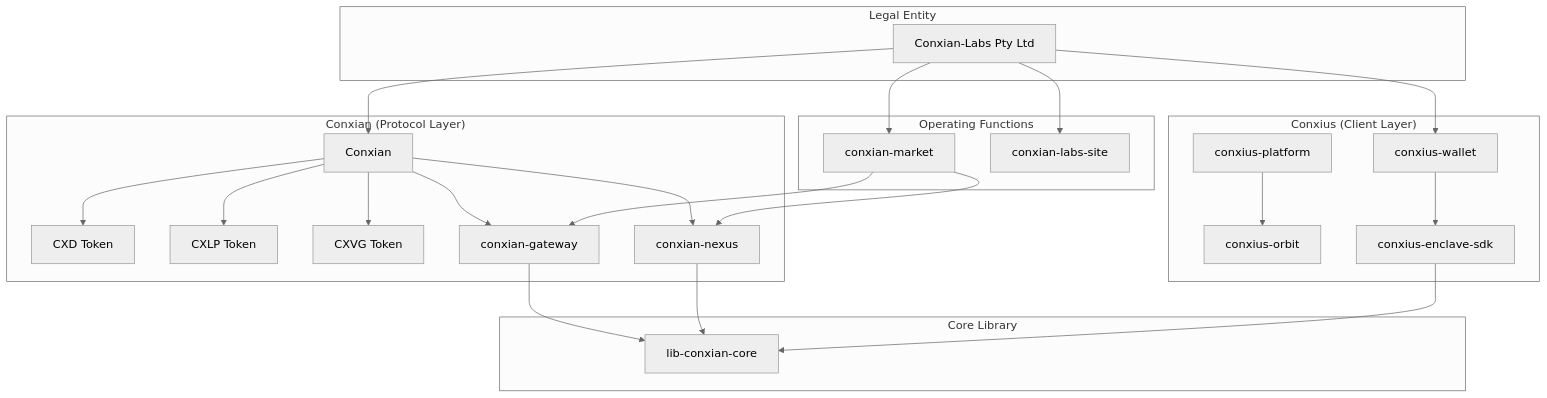
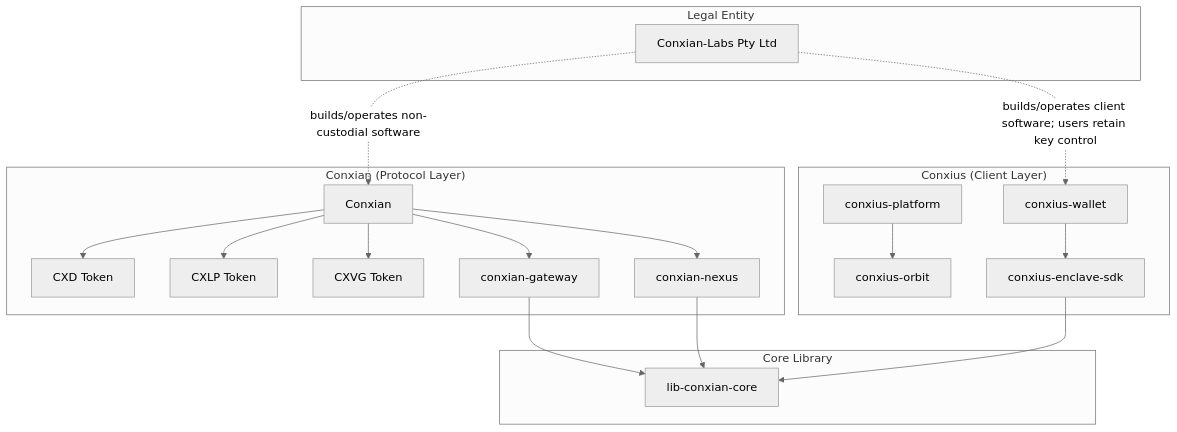
Before and after one commit to Conxian/conxian-business: the second of 2 diagrams in BOS_KNOWLEDGE_GRAPH.md, drawn with Mermaid (neutral theme). The commit also changed other lines of this file and 105 other files, not shown here.

````diff
--- a/BOS_KNOWLEDGE_GRAPH.md
+++ b/BOS_KNOWLEDGE_GRAPH.md
@@ -149,52 +181,43 @@
 ```mermaid
 graph TB
     subgraph "Legal Entity"
         CL[Conxian-Labs Pty Ltd]
     end
 
     subgraph "Conxian (Protocol Layer)"
         CNX[Conxian]
         CXD[CXD Token]
         CXLP[CXLP Token]
         CXVG[CXVG Token]
         NEXUS[conxian-nexus]
         GATEWAY[conxian-gateway]
     end
 
     subgraph "Conxius (Client Layer)"
         WALLET[conxius-wallet]
         PLATFORM[conxius-platform]
         ORBIT[conxius-orbit]
         ENCLAVE[conxius-enclave-sdk]
     end
 
     subgraph "Core Library"
         CORE[lib-conxian-core]
     end
 
-    subgraph "Operating Functions"
-        MARKET[conxian-market]
-        SITE[conxian-labs-site]
-    end
-
-    CL --> CNX
-    CL --> WALLET
-    CL --> MARKET
-    CL --> SITE
+    CL -.->|builds/operates non-custodial software| CNX
+    CL -.->|builds/operates client software; users retain key control| WALLET
 
     CNX --> CXD
     CNX --> CXLP
     CNX --> CXVG
 
     CNX --> GATEWAY
     CNX --> NEXUS
 
     GATEWAY --> CORE
     NEXUS --> CORE
     ENCLAVE --> CORE
-    MARKET --> GATEWAY
-    MARKET --> NEXUS
 
     WALLET --> ENCLAVE
     PLATFORM --> ORBIT
 ```
````
